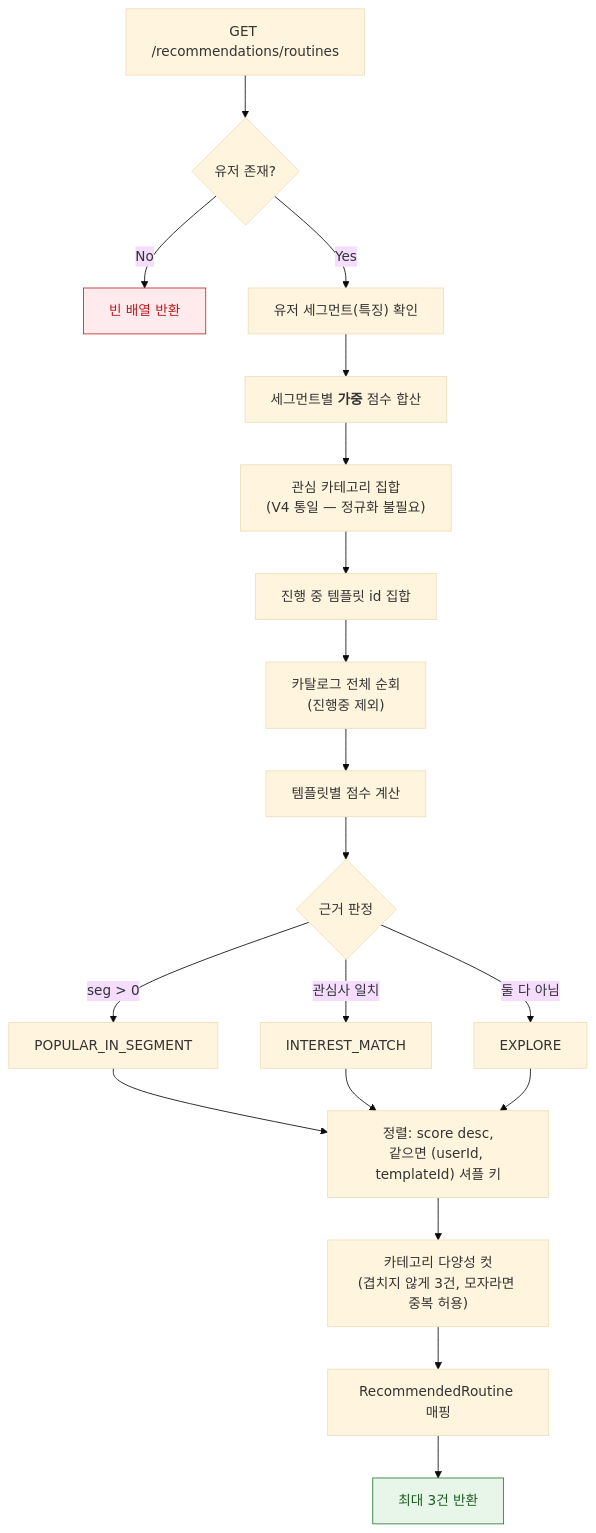
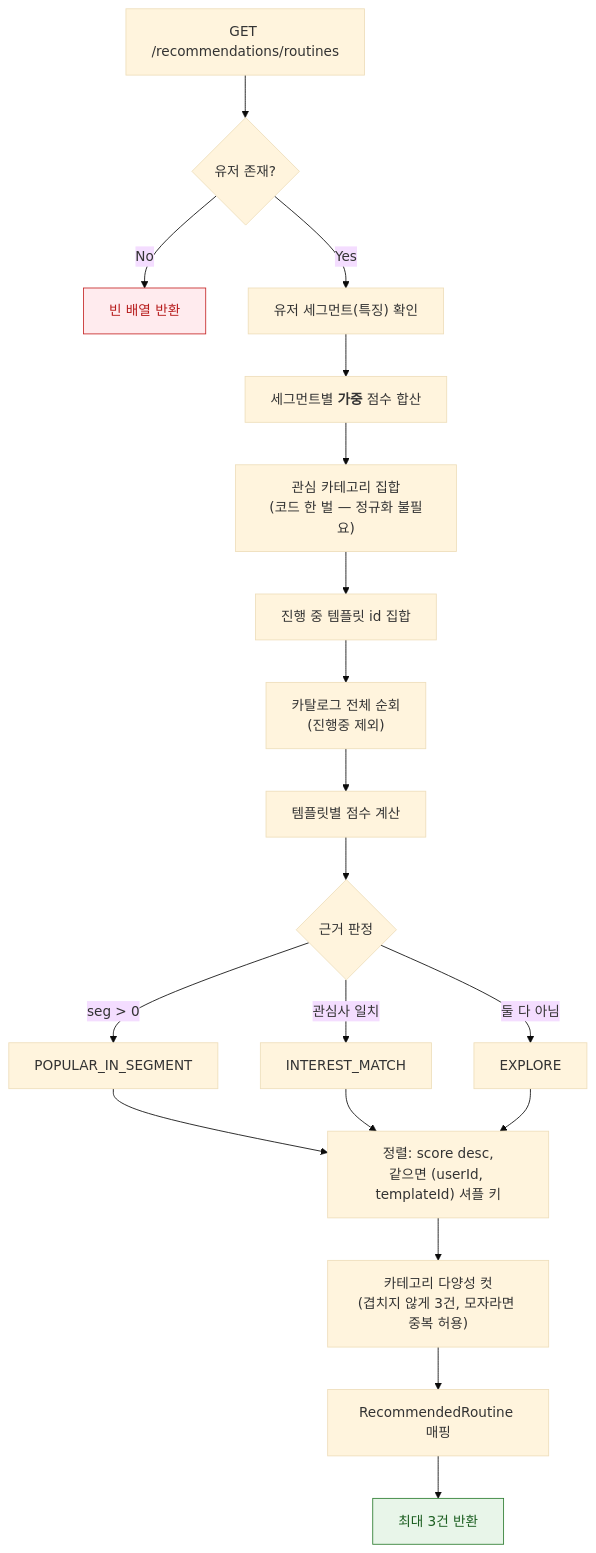
Before and after one commit to RuleUp-ASM/Backend: the second of 6 diagrams in docs/recommend/추천 시스템 - 루틴 카테고리 추천.md, drawn with Mermaid (base theme). The commit also changed other lines of this file and 3 other files, not shown here.

````diff
--- a/docs/recommend/추천 시스템 - 루틴 카테고리 추천.md
+++ b/docs/recommend/추천 시스템 - 루틴 카테고리 추천.md
@@ -149,26 +149,26 @@
 ```mermaid
 flowchart TD
     START["GET /recommendations/routines"] --> U{"유저 존재?"}
     U -->|No| EMPTY["빈 배열 반환"]
     U -->|Yes| SEG["유저 세그먼트(특징) 확인"]
     SEG --> SUM["세그먼트별 <b>가중</b> 점수 합산"]
-    SUM --> INT["관심 카테고리 집합<br/>(V4 통일 — 정규화 불필요)"]
+    SUM --> INT["관심 카테고리 집합<br/>(코드 한 벌 — 정규화 불필요)"]
     INT --> ACT["진행 중 템플릿 id 집합"]
     ACT --> LOOP["카탈로그 전체 순회<br/>(진행중 제외)"]
     LOOP --> SCORE["템플릿별 점수 계산"]
     SCORE --> REASON{"근거 판정"}
     REASON -->|"seg > 0"| R1["POPULAR_IN_SEGMENT"]
     REASON -->|"관심사 일치"| R2["INTEREST_MATCH"]
     REASON -->|"둘 다 아님"| R3["EXPLORE"]
     R1 --> SORT["정렬: score desc,<br/>같으면 (userId, templateId) 셔플 키"]
     R2 --> SORT
     R3 --> SORT
     SORT --> CAP["카테고리 다양성 컷<br/>(겹치지 않게 3건, 모자라면 중복 허용)"]
     CAP --> MAP["RecommendedRoutine 매핑"]
     MAP --> DONE["최대 3건 반환"]
 
     classDef bad fill:#FFEBEE,stroke:#C62828,color:#B71C1C;
     classDef good fill:#E8F5E9,stroke:#2E7D32,color:#1B5E20;
     class EMPTY bad;
     class DONE good;
 ```
````
